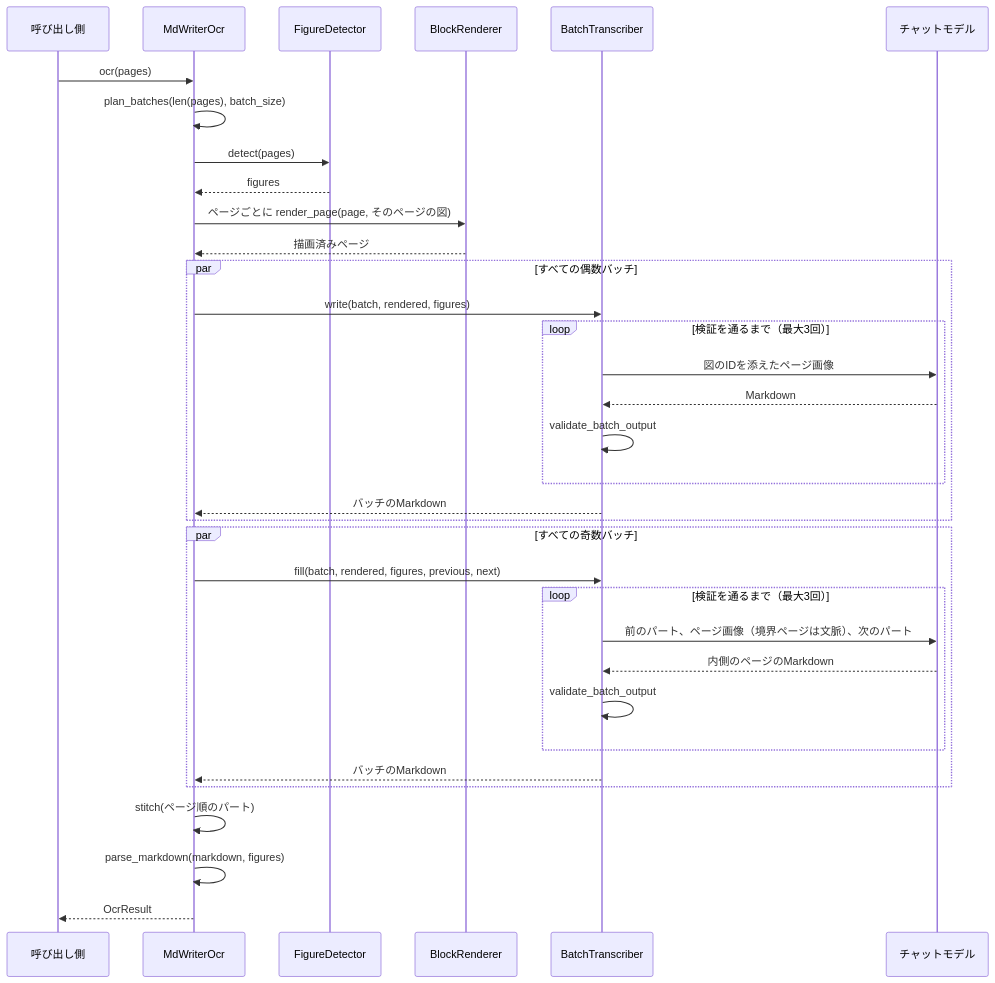
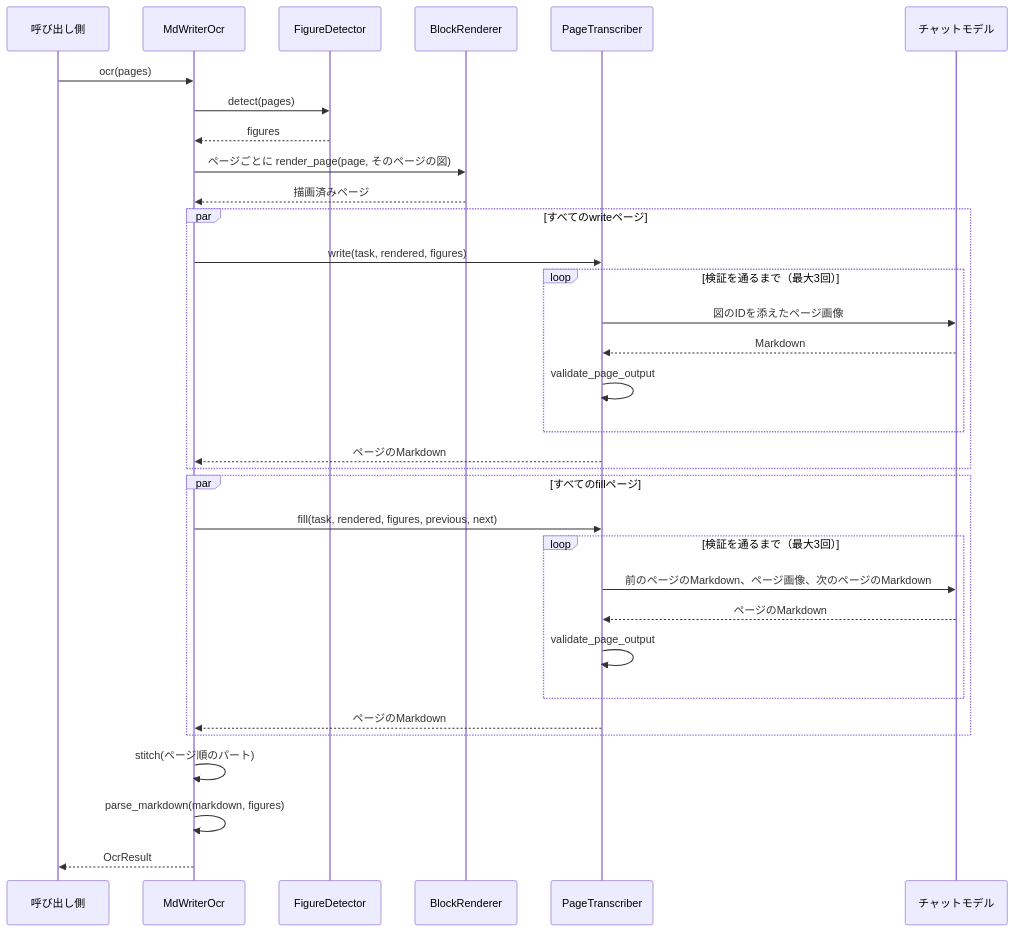
Before and after one commit to konbraphat51/SuperSuat: the third of 3 diagrams in Uploader/OcrModule/MdWriter/Docs/MdWriterOcr.ja.md, drawn with Mermaid. The commit also changed other lines of this file and 7 other files, not shown here.

````diff
--- a/Uploader/OcrModule/MdWriter/Docs/MdWriterOcr.ja.md
+++ b/Uploader/OcrModule/MdWriter/Docs/MdWriterOcr.ja.md
@@ -142,36 +138,35 @@
 ```mermaid
 sequenceDiagram
     participant Caller as 呼び出し側
     participant L as MdWriterOcr
     participant D as FigureDetector
     participant R as BlockRenderer
-    participant T as BatchTranscriber
+    participant T as PageTranscriber
     participant M as チャットモデル
     Caller->>L: ocr(pages)
-    L->>L: plan_batches(len(pages), batch_size)
     L->>D: detect(pages)
     D-->>L: figures
     L->>R: ページごとに render_page(page, そのページの図)
     R-->>L: 描画済みページ
-    par すべての偶数バッチ
-        L->>T: write(batch, rendered, figures)
+    par すべてのwriteページ
+        L->>T: write(task, rendered, figures)
         loop 検証を通るまで（最大3回）
             T->>M: 図のIDを添えたページ画像
             M-->>T: Markdown
-            T->>T: validate_batch_output
+            T->>T: validate_page_output
         end
-        T-->>L: バッチのMarkdown
+        T-->>L: ページのMarkdown
     end
-    par すべての奇数バッチ
-        L->>T: fill(batch, rendered, figures, previous, next)
+    par すべてのfillページ
+        L->>T: fill(task, rendered, figures, previous, next)
         loop 検証を通るまで（最大3回）
-            T->>M: 前のパート、ページ画像（境界ページは文脈）、次のパート
-            M-->>T: 内側のページのMarkdown
-            T->>T: validate_batch_output
+            T->>M: 前のページのMarkdown、ページ画像、次のページのMarkdown
+            M-->>T: ページのMarkdown
+            T->>T: validate_page_output
         end
-        T-->>L: バッチのMarkdown
+        T-->>L: ページのMarkdown
     end
     L->>L: stitch(ページ順のパート)
     L->>L: parse_markdown(markdown, figures)
     L-->>Caller: OcrResult
 ```
````
